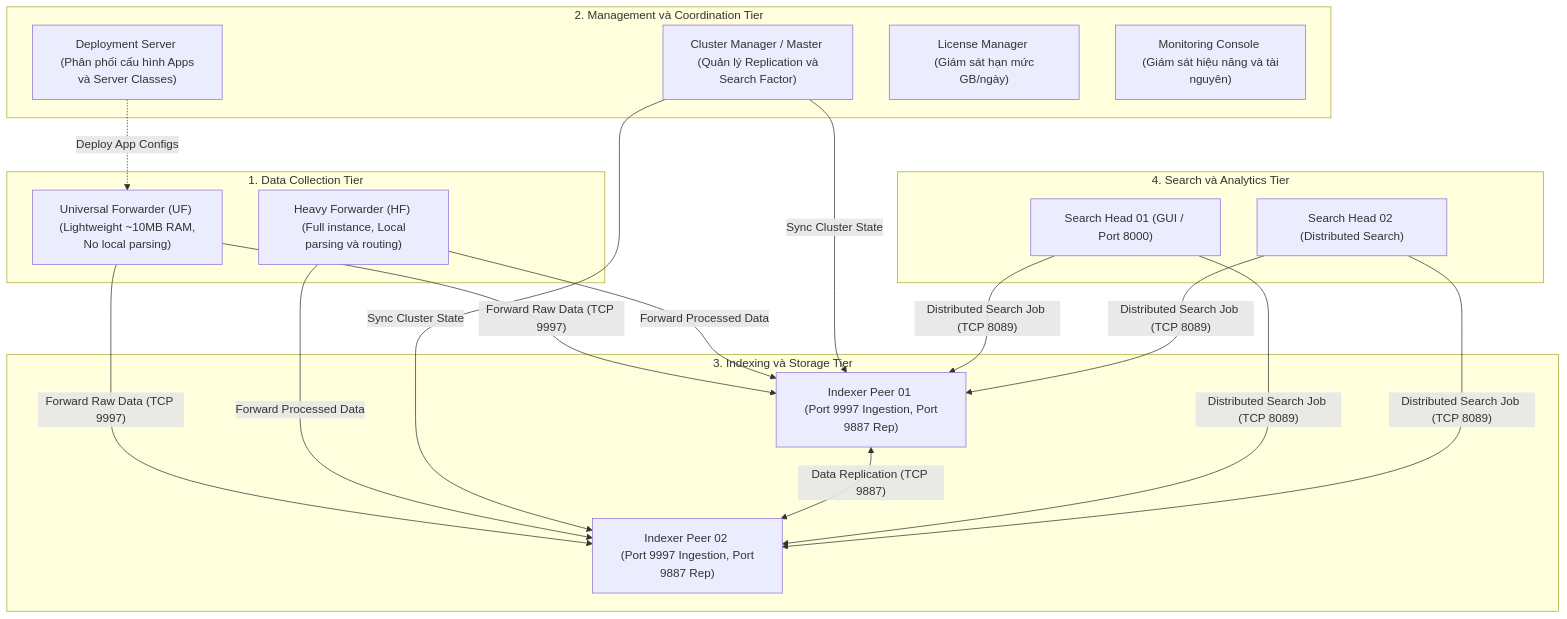
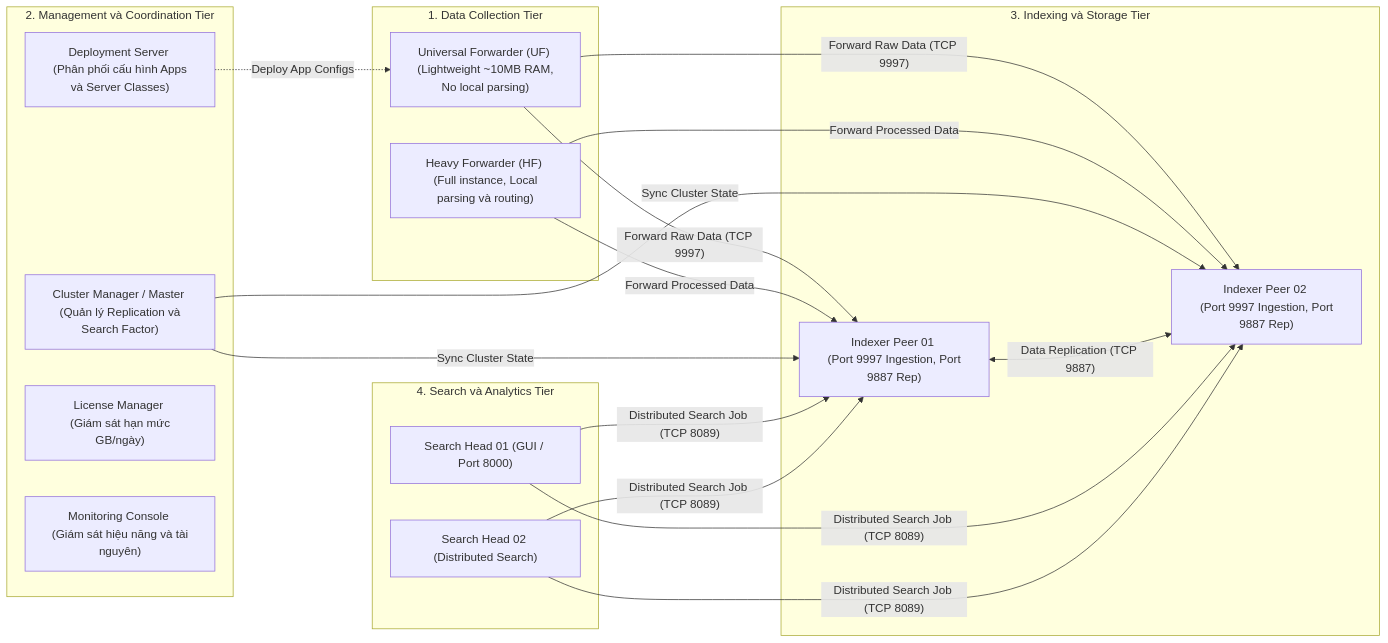
Before and after one commit to vuongdat67/silver-happiness: the second of 4 diagrams in docs/posts/splunk/week3/index.md, drawn with Mermaid. The commit also changed 13 other files, not shown here.

````diff
--- a/docs/posts/splunk/week3/index.md
+++ b/docs/posts/splunk/week3/index.md
@@ -105,41 +105,41 @@
 ```mermaid
-flowchart TD
+flowchart LR
     subgraph TIER_FORWARDER ["1. Data Collection Tier"]
         UF["Universal Forwarder (UF) \n (Lightweight ~10MB RAM, No local parsing)"]
         HF["Heavy Forwarder (HF) \n (Full instance, Local parsing và routing)"]
     end
 
     subgraph TIER_MANAGEMENT ["2. Management và Coordination Tier"]
         CM["Cluster Manager / Master \n (Quản lý Replication và Search Factor)"]
         DS["Deployment Server \n (Phân phối cấu hình Apps và Server Classes)"]
         LM["License Manager \n (Giám sát hạn mức GB/ngày)"]
         MC["Monitoring Console \n (Giám sát hiệu năng và tài nguyên)"]
     end
 
     subgraph TIER_INDEXER ["3. Indexing và Storage Tier"]
         IDX1["Indexer Peer 01 \n (Port 9997 Ingestion, Port 9887 Rep)"]
         IDX2["Indexer Peer 02 \n (Port 9997 Ingestion, Port 9887 Rep)"]
     end
 
     subgraph TIER_SEARCH ["4. Search và Analytics Tier"]
         SH1["Search Head 01 (GUI / Port 8000)"]
         SH2["Search Head 02 (Distributed Search)"]
     end
 
     UF -->|"Forward Raw Data (TCP 9997)"| IDX1
     UF -->|"Forward Raw Data (TCP 9997)"| IDX2
     HF -->|"Forward Processed Data"| IDX1
     HF -->|"Forward Processed Data"| IDX2
 
     DS -.->|"Deploy App Configs"| UF
     CM -->|"Sync Cluster State"| IDX1
     CM -->|"Sync Cluster State"| IDX2
 
     IDX1 <-->|"Data Replication (TCP 9887)"| IDX2
 
     SH1 -->|"Distributed Search Job (TCP 8089)"| IDX1
     SH1 -->|"Distributed Search Job (TCP 8089)"| IDX2
     SH2 -->|"Distributed Search Job (TCP 8089)"| IDX1
     SH2 -->|"Distributed Search Job (TCP 8089)"| IDX2
 
 ```
````
